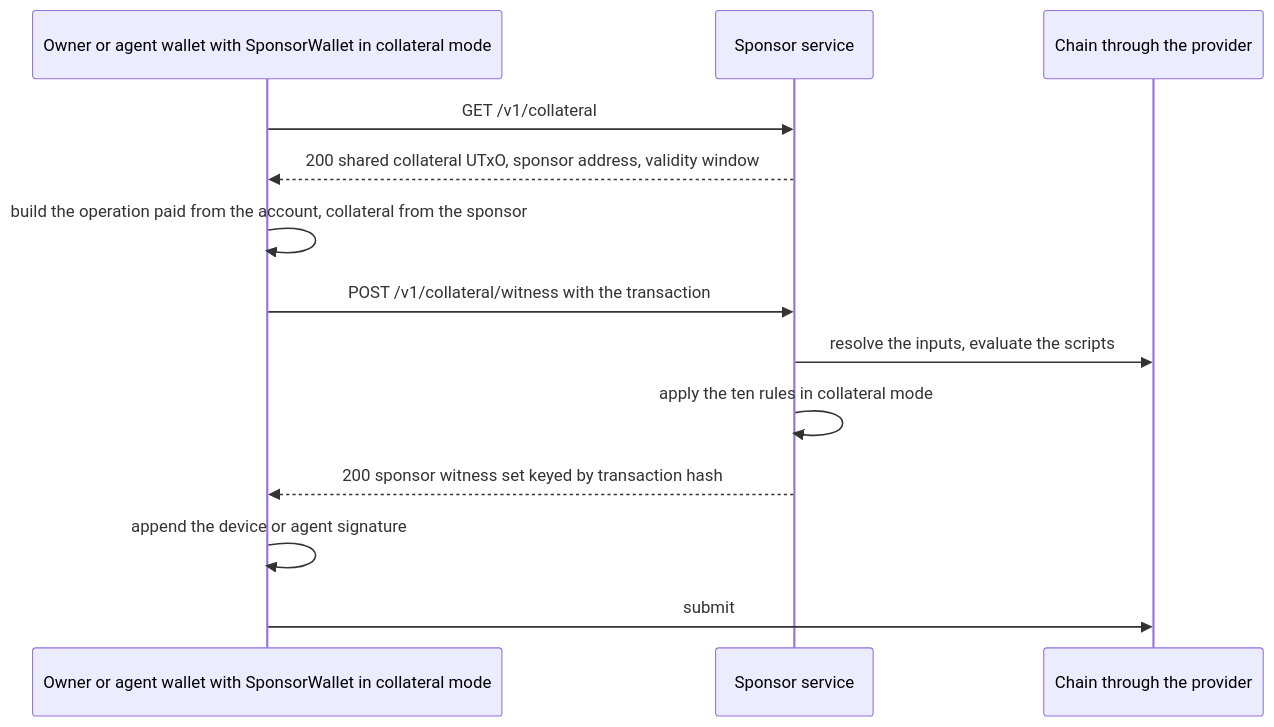
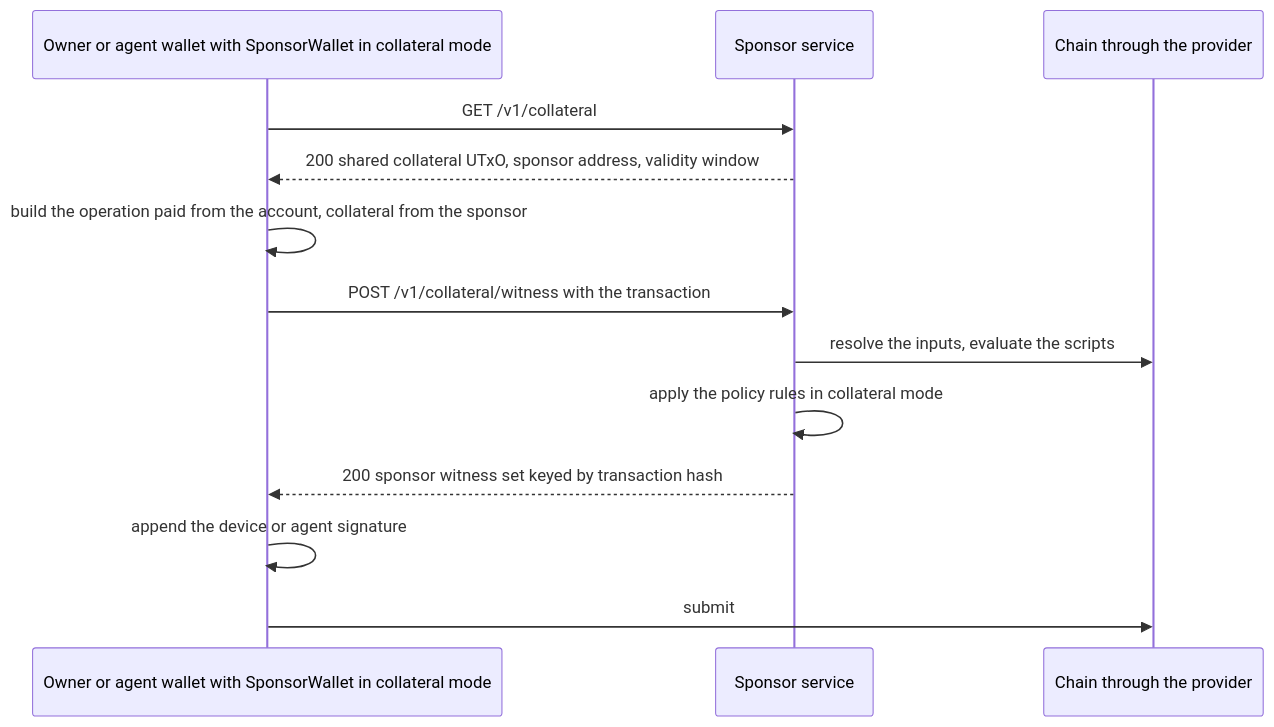
Before and after one commit to Biglup/cardano-account-custody-fee-sponsor: the second of 2 diagrams in README.md, drawn with Mermaid. The commit also changed other lines of this file and 20 other files, not shown here.

````diff
--- a/README.md
+++ b/README.md
@@ -66,15 +92,15 @@
 ```mermaid
 sequenceDiagram
     participant W as Owner or agent wallet with SponsorWallet in collateral mode
     participant S as Sponsor service
     participant C as Chain through the provider
     W->>S: GET /v1/collateral
     S-->>W: 200 shared collateral UTxO, sponsor address, validity window
     W->>W: build the operation paid from the account, collateral from the sponsor
     W->>S: POST /v1/collateral/witness with the transaction
     S->>C: resolve the inputs, evaluate the scripts
-    S->>S: apply the ten rules in collateral mode
+    S->>S: apply the policy rules in collateral mode
     S-->>W: 200 sponsor witness set keyed by transaction hash
     W->>W: append the device or agent signature
     W->>C: submit
 ```
````
